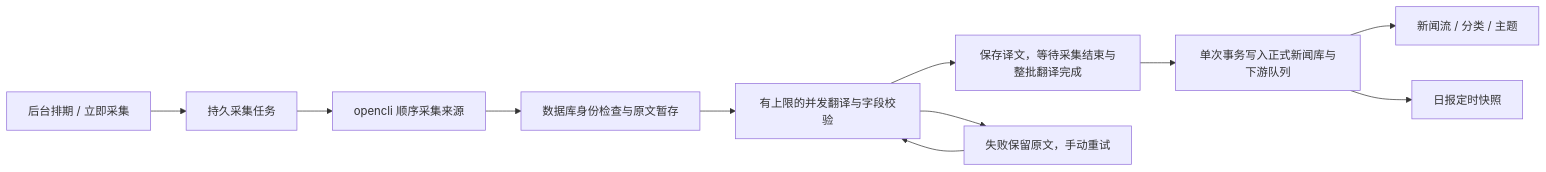
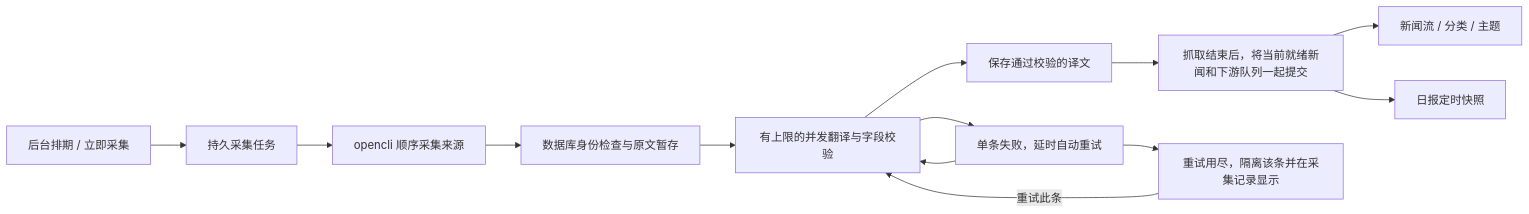
One commit to xusz12/NewsReader2 changed the diagram in docs/native-collection.md. Above: the diagram before and after it, drawn with Mermaid. The commit also changed other lines of this file and 34 other files, not shown here.

````diff
--- a/docs/native-collection.md
+++ b/docs/native-collection.md
@@ -55,13 +55,15 @@
 ```mermaid
 flowchart LR
   S[后台排期 / 立即采集] --> R[持久采集任务]
   R --> O[opencli 顺序采集来源]
   O --> P[数据库身份检查与原文暂存]
   P --> T[有上限的并发翻译与字段校验]
-  T --> W[保存译文，等待采集结束与整批翻译完成]
-  W --> N[单次事务写入正式新闻库与下游队列]
+  T --> W[保存通过校验的译文]
+  W --> N[抓取结束后，将当前就绪新闻和下游队列一起提交]
   N --> F[新闻流 / 分类 / 主题]
   N --> B[日报定时快照]
-  T --> E[失败保留原文，手动重试]
+  T --> E[单条失败，延时自动重试]
   E --> T
+  E --> Q[重试用尽，隔离该条并在采集记录显示]
+  Q -->|重试此条| T
 ```
````
